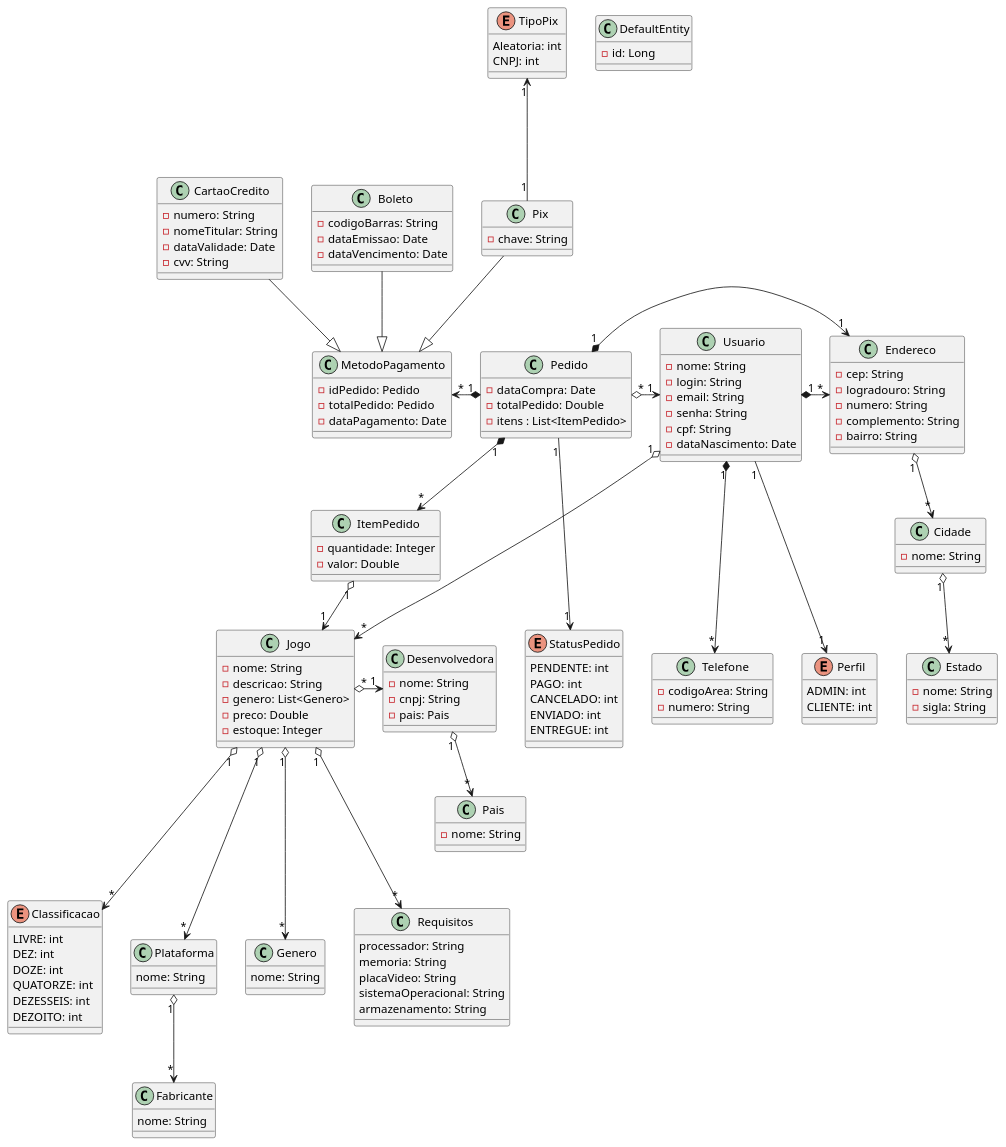
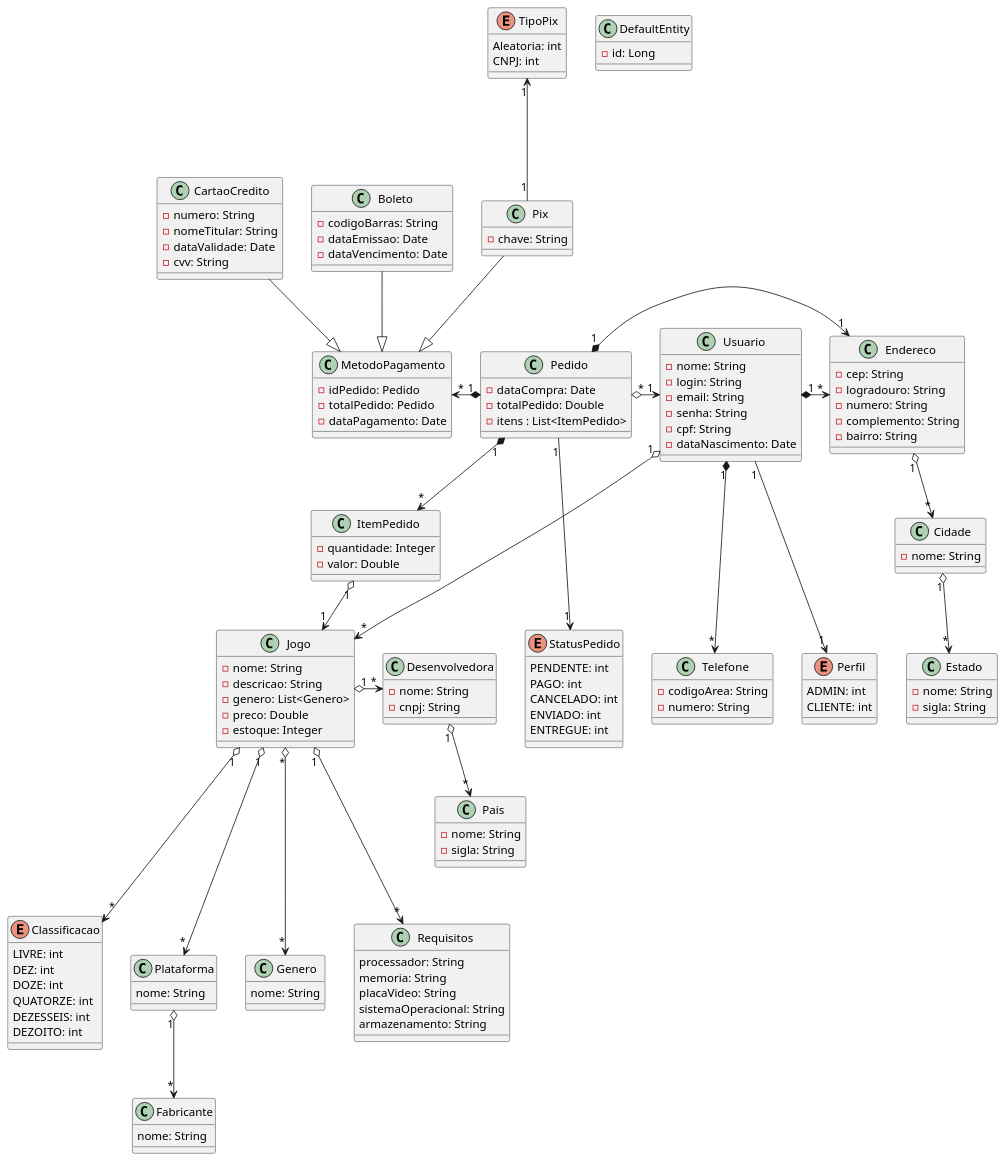
One commit to luisnoleto/topicos2-quarkus changed the diagram in uml.plantuml. Above: the diagram before and after it, drawn with PlantUML. The commit also changed 23 other files, not shown here.

Commit message:
add crud pais e desenvolvedora

```diff
--- a/uml.plantuml
+++ b/uml.plantuml
@@ -1,173 +1,173 @@
 @startuml Uml
 
 class DefaultEntity{
     - id: Long
 }
 
 class Usuario{
     - nome: String
     - login: String
     - email: String
     - senha: String
     - cpf: String
     - dataNascimento: Date
 }
 
 class CartaoCredito{
     - numero: String
     - nomeTitular: String
     - dataValidade: Date
     - cvv: String
 }
 
 class MetodoPagamento{
     - idPedido: Pedido
     - totalPedido: Pedido
     - dataPagamento: Date
 }
 
 
 class Telefone{
     - codigoArea: String
     - numero: String
 }
 
 class Jogo{
     - nome: String
     - descricao: String
     - genero: List<Genero>
     - preco: Double
     - estoque: Integer
 }
 
 class Boleto{
     - codigoBarras: String
     - dataEmissao: Date
     - dataVencimento: Date
 }
 
 class Pix{
     - chave: String
 }
 
 class Endereco{
     - cep: String
     - logradouro: String
     - numero: String
     - complemento: String
     - bairro: String
 }
 
 class Cidade{
     - nome: String
 }
 
 class Estado{
     - nome: String
     - sigla: String
 }
 
 class Pedido{
     - dataCompra: Date
     - totalPedido: Double
     - itens : List<ItemPedido>
 }
 
 class ItemPedido{
     - quantidade: Integer
     - valor: Double
 
 }
 
 class Pais{
     - nome: String
+    - sigla: String
 }
 
 class Desenvolvedora{
     - nome: String
     - cnpj: String
-    - pais: Pais
 }
 
 
 class Plataforma{
     nome: String
     
 }
 
 class Fabricante{
     nome: String
 }
 
 class Genero{
     nome: String
 }
 
 class Requisitos{
     processador: String
     memoria: String
     placaVideo: String
     sistemaOperacional: String
     armazenamento: String
 }
 
 Enum StatusPedido{
     PENDENTE: int
     PAGO: int
     CANCELADO: int
     ENVIADO: int
     ENTREGUE: int
 }
 
 Enum Classificacao{
     LIVRE: int
     DEZ: int
     DOZE: int
     QUATORZE: int
     DEZESSEIS: int
     DEZOITO: int
 }
 
 Enum TipoPix{
     Aleatoria: int
     CNPJ: int
 }
 
 Enum Perfil{
     ADMIN: int
     CLIENTE: int
 }
 
 
 
 Usuario "1" *--down-> "*" Telefone
 Usuario "1" *--right-> "*" Endereco
 Usuario "1" o--down-> "*" Jogo
 Usuario "1" --down-> "1" Perfil
 
 Pedido "*" o--right-> "1" Usuario
 Pedido "1" *--right->"*" ItemPedido
 Pedido "1" --down-> "1" StatusPedido
 Pedido "1" *--right-> "1" Endereco
 Pedido "1" *--left-> "*" MetodoPagamento
 
 ItemPedido "1" o--> "1" Jogo
 
-Jogo "*" o--right-> "1" Desenvolvedora
-Jogo "1" o--down-> "*" Genero
+Jogo "1" o--right-> "*" Desenvolvedora
+Jogo "*" o--down-> "*" Genero
 Jogo "1" o--down-> "*" Classificacao
 Jogo "1" o--down-> "*" Plataforma
 Jogo "1" o--down-> "*" Requisitos
 Endereco "1" o--> "*" Cidade
 Cidade "1" o--> "*" Estado
 
 Desenvolvedora "1" o--> "*" Pais
 Plataforma "1" o--> "*" Fabricante
 
 Pix "1" --up-> "1" TipoPix
 Boleto --|> MetodoPagamento
 Pix --|> MetodoPagamento
 CartaoCredito --|> MetodoPagamento
 
 
 @enduml
```
